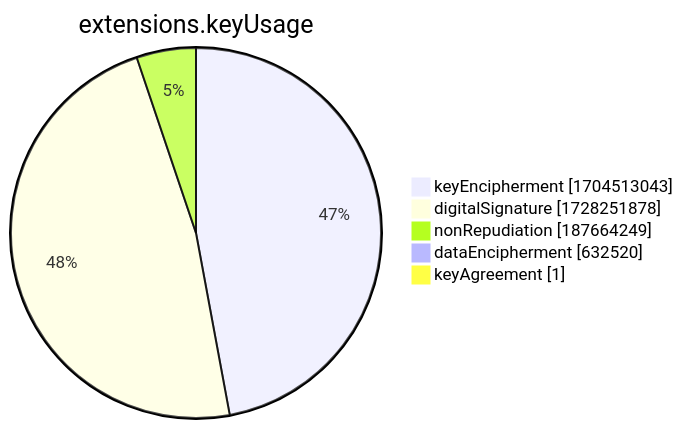
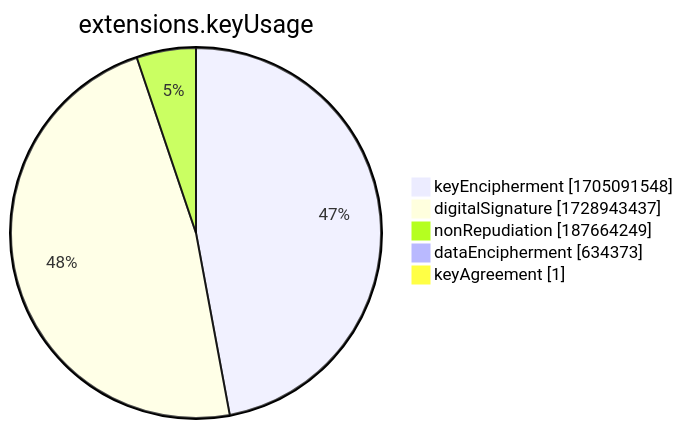
One commit to christiankrug/ctmonitor_visualization changed the seventh of 15 diagrams in xenon2022/README.md. Above: the diagram before and after it, drawn with Mermaid. The commit also changed other lines of this file, not shown here.

````diff
--- a/xenon2022/README.md
+++ b/xenon2022/README.md
@@ -2858,9 +2858,9 @@
 ```mermaid
 pie showData
 title extensions.keyUsage
-"keyEncipherment" :1704513043
-"digitalSignature" :1728251878
+"keyEncipherment" :1705091548
+"digitalSignature" :1728943437
 "nonRepudiation" :187664249
-"dataEncipherment" :632520
+"dataEncipherment" :634373
 "keyAgreement" :1
 ```
````
